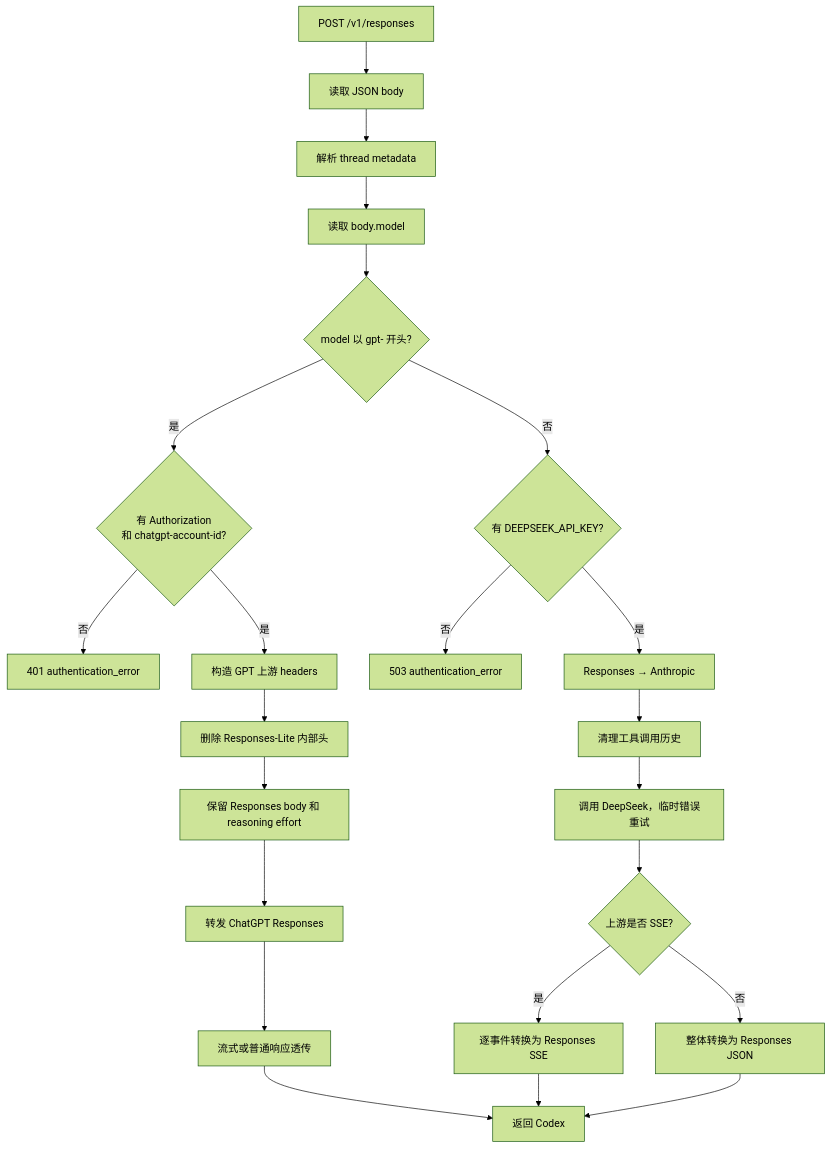
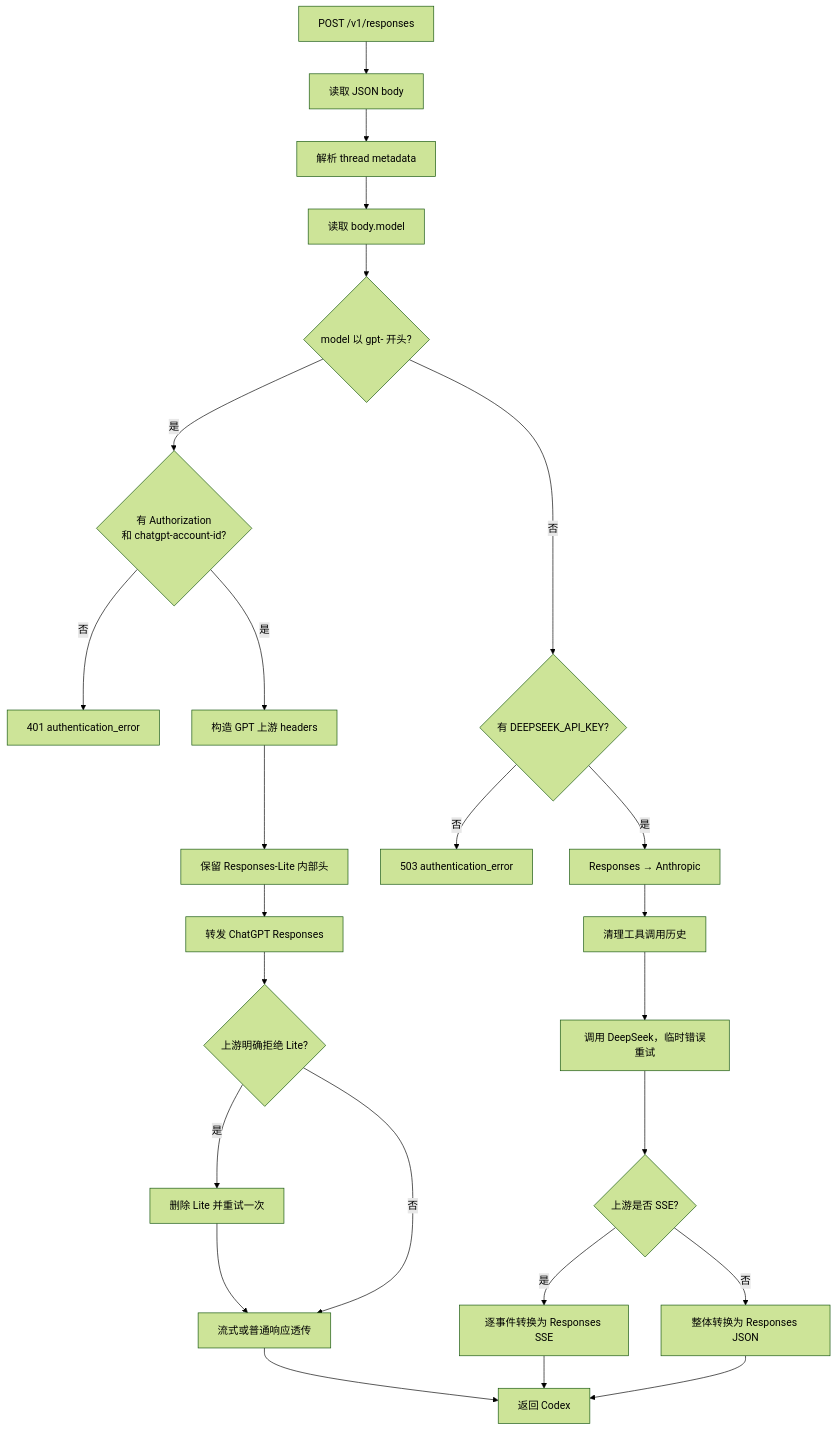
The third of 8 diagrams in ARCHITECTURE.md (OscarYi9527/codex_proxy), drawn with Mermaid (forest theme) before and after one commit. The commit also changed other lines of this file and 3 other files, not shown here.

Commit message:
Adaptively retry unsupported Responses Lite requests

````diff
--- a/ARCHITECTURE.md
+++ b/ARCHITECTURE.md
@@ -69,27 +69,29 @@
 ```mermaid
 flowchart TD
     A[POST /v1/responses] --> B[读取 JSON body]
     B --> C[解析 thread metadata]
     C --> D[读取 body.model]
     D --> E{model 以 gpt- 开头?}
 
     E -->|是| F{有 Authorization<br/>和 chatgpt-account-id?}
     F -->|否| G[401 authentication_error]
     F -->|是| H[构造 GPT 上游 headers]
-    H --> I[删除 Responses-Lite 内部头]
-    I --> J[保留 Responses body 和 reasoning effort]
-    J --> K[转发 ChatGPT Responses]
-    K --> L[流式或普通响应透传]
+    H --> I[保留 Responses-Lite 内部头]
+    I --> J[转发 ChatGPT Responses]
+    J --> K{上游明确拒绝 Lite?}
+    K -->|是| K2[删除 Lite 并重试一次]
+    K -->|否| L[流式或普通响应透传]
+    K2 --> L
 
     E -->|否| M{有 DEEPSEEK_API_KEY?}
     M -->|否| N[503 authentication_error]
     M -->|是| O[Responses → Anthropic]
     O --> P[清理工具调用历史]
     P --> Q[调用 DeepSeek，临时错误重试]
     Q --> R{上游是否 SSE?}
     R -->|是| S[逐事件转换为 Responses SSE]
     R -->|否| T[整体转换为 Responses JSON]
     S --> U[返回 Codex]
     T --> U
     L --> U
 ```
````
